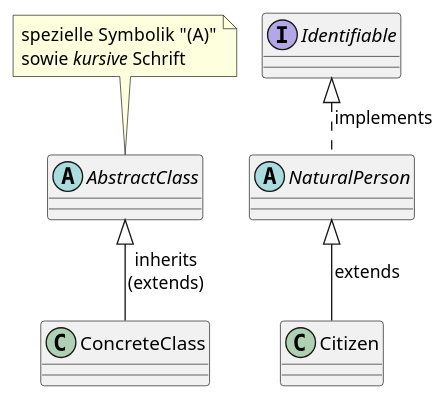
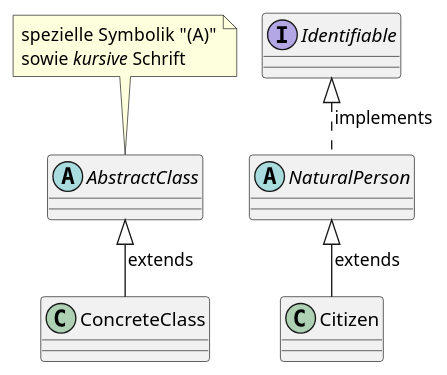
The diagram in module-interfaces/docs/diagrams/abstract.puml (ThorstenEckstein/ma-wwi24ama), drawn with PlantUML before and after one commit. The commit also changed 7 other files, not shown here.

```diff
--- a/module-interfaces/docs/diagrams/abstract.puml
+++ b/module-interfaces/docs/diagrams/abstract.puml
@@ -1,19 +1,19 @@
 @startuml
 !pragma layout smetana
 'https://plantuml.com/class-diagram
 
 scale 1.0
 
 abstract class AbstractClass
-AbstractClass <|-- ConcreteClass    : inherits\n(extends)
+AbstractClass <|-- ConcreteClass    : extends
 
 interface Identifiable
 abstract class NaturalPerson
 class Citizen
 
 Identifiable <|.. NaturalPerson : implements
 NaturalPerson <|-- Citizen : extends
 
 note top of AbstractClass: spezielle Symbolik  "(A)"\nsowie <i>kursive</i> Schrift
 
 @enduml
```
